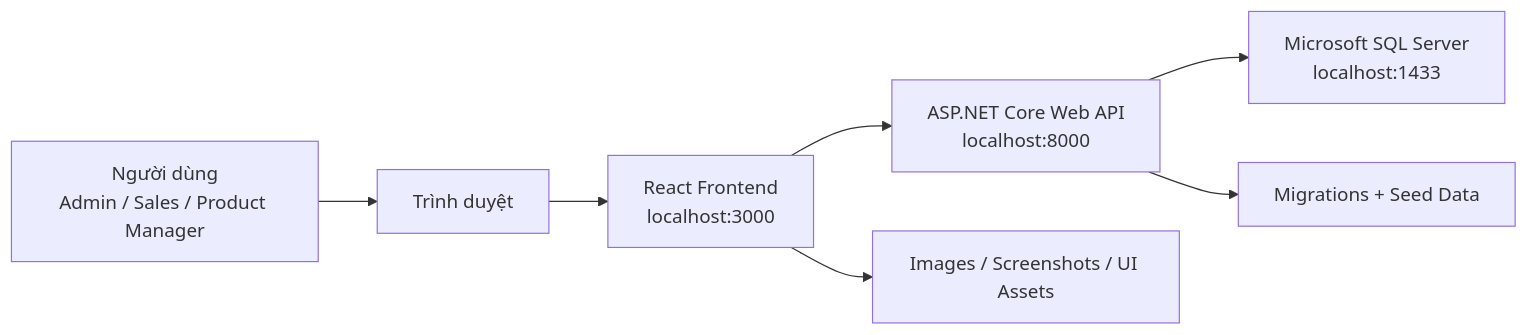
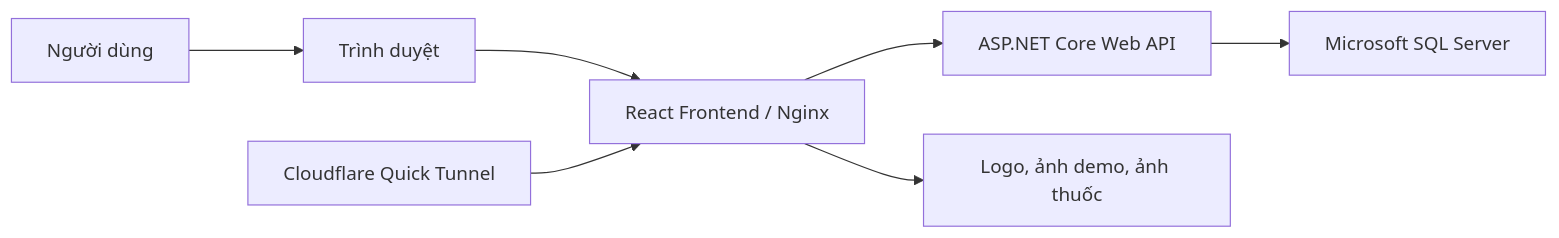
Before and after one commit to khainhq/PHARMACY-MANAGEMENT-webapp: the diagram in README.md, drawn with Mermaid. The commit also changed other lines of this file and 5 other files, not shown here.

````diff
--- a/README.md
+++ b/README.md
@@ -103,9 +135,9 @@
 ```mermaid
 flowchart LR
-    User["Người dùng<br/>Admin / Sales / Product Manager"] --> Browser["Trình duyệt"]
-    Browser --> React["React Frontend<br/>localhost:3000"]
-    React --> API["ASP.NET Core Web API<br/>localhost:8000"]
-    API --> SQL["Microsoft SQL Server<br/>localhost:1433"]
-    API --> Seed["Migrations + Seed Data"]
-    React --> Assets["Images / Screenshots / UI Assets"]
+    User["Người dùng"] --> Browser["Trình duyệt"]
+    Browser --> React["React Frontend / Nginx"]
+    React --> API["ASP.NET Core Web API"]
+    API --> SQL["Microsoft SQL Server"]
+    React --> Assets["Logo, ảnh demo, ảnh thuốc"]
+    Tunnel["Cloudflare Quick Tunnel"] --> React
 ```
````
